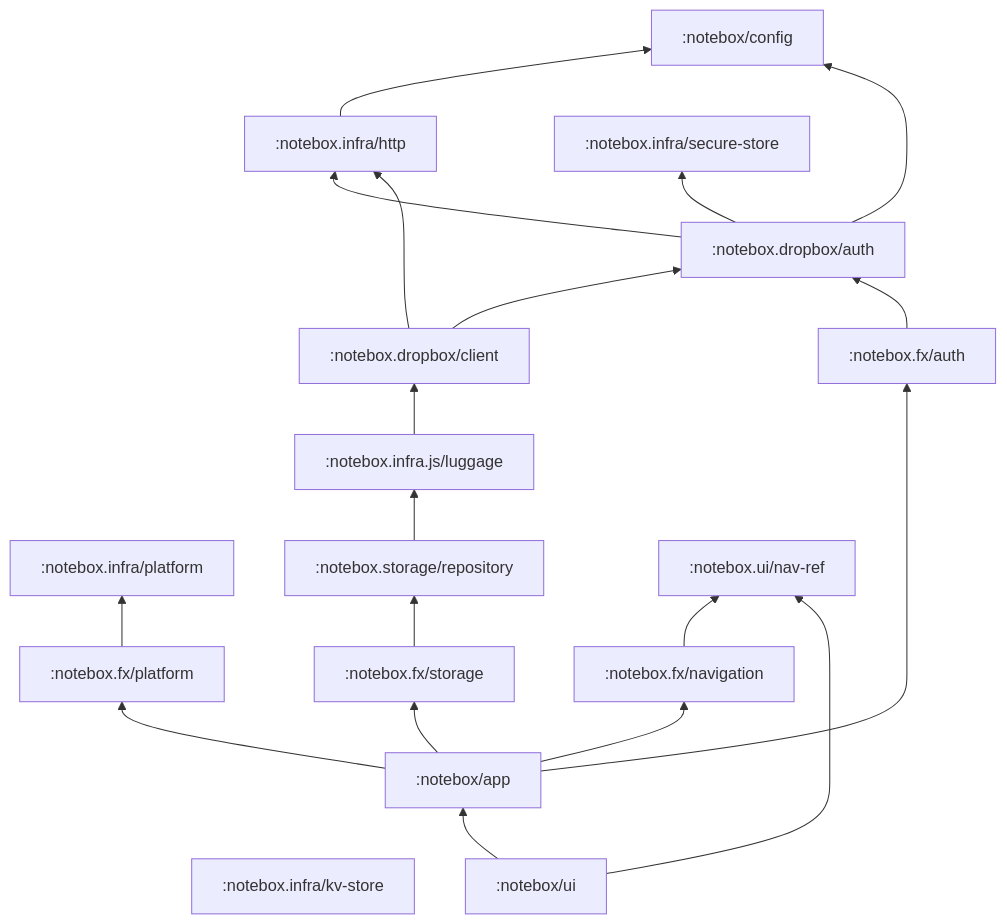
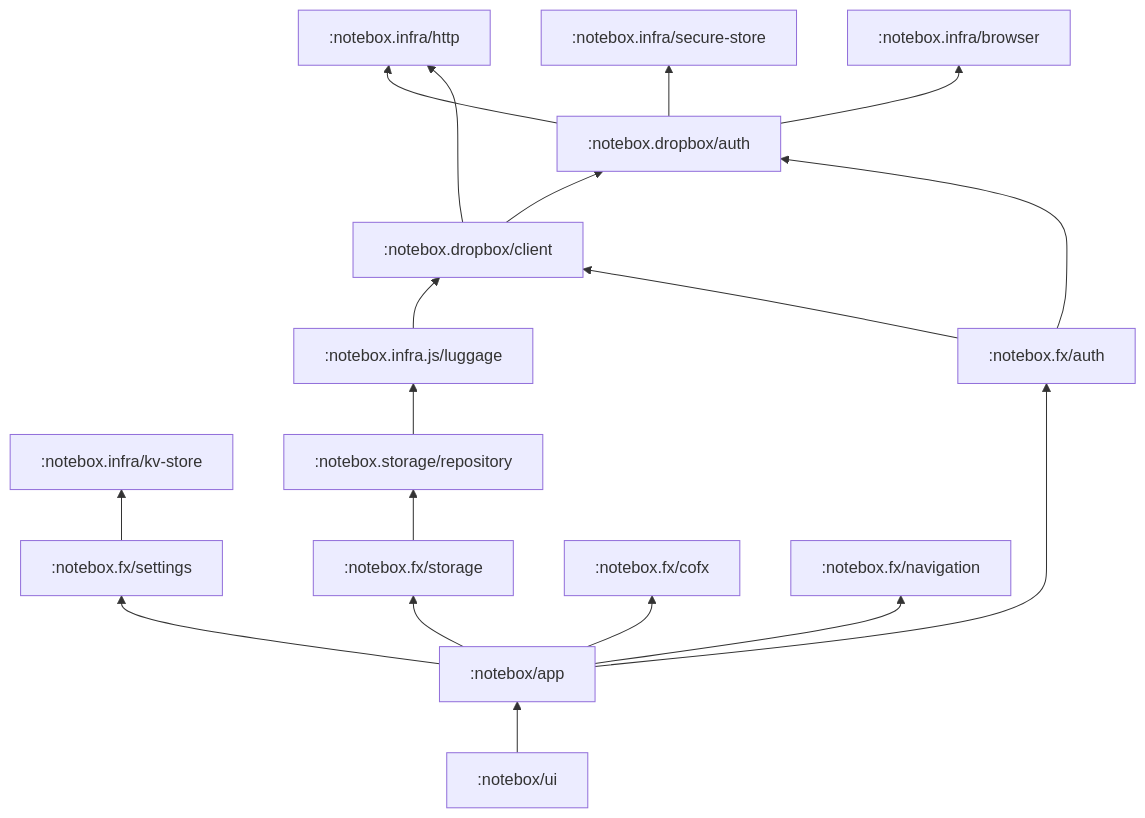
One commit to dra1n/notebox-mobile changed the diagram in spec/roadmap.md. Above: the diagram before and after it, drawn with Mermaid. The commit also changed other lines of this file and 54 other files, not shown here.

````diff
--- a/spec/roadmap.md
+++ b/spec/roadmap.md
@@ -283,19 +283,18 @@
 ```mermaid
 graph BT
-  config[:notebox/config]
-  http[:notebox.infra/http] --> config
+  http[:notebox.infra/http]
   secure[:notebox.infra/secure-store]
+  browser[:notebox.infra/browser]
   kv[:notebox.infra/kv-store]
-  net[:notebox.infra/platform]
-  auth[:notebox.dropbox/auth] --> config & http & secure
+  auth[:notebox.dropbox/auth] --> http & secure & browser
   client[:notebox.dropbox/client] --> http & auth
   luggage[:notebox.infra.js/luggage] --> client
   repo[:notebox.storage/repository] --> luggage
-  navref[:notebox.ui/nav-ref]
-  fxauth[:notebox.fx/auth] --> auth
+  fxauth[:notebox.fx/auth] --> auth & client
   fxstore[:notebox.fx/storage] --> repo
-  fxnav[:notebox.fx/navigation] --> navref
-  fxplat[:notebox.fx/platform] --> net
-  app[:notebox/app] --> fxauth & fxstore & fxnav & fxplat
-  ui[:notebox/ui] --> app & navref
+  fxset[:notebox.fx/settings] --> kv
+  fxcofx[:notebox.fx/cofx]
+  fxnav[:notebox.fx/navigation]
+  app[:notebox/app] --> fxauth & fxstore & fxset & fxcofx & fxnav
+  ui[:notebox/ui] --> app
 ```
````
